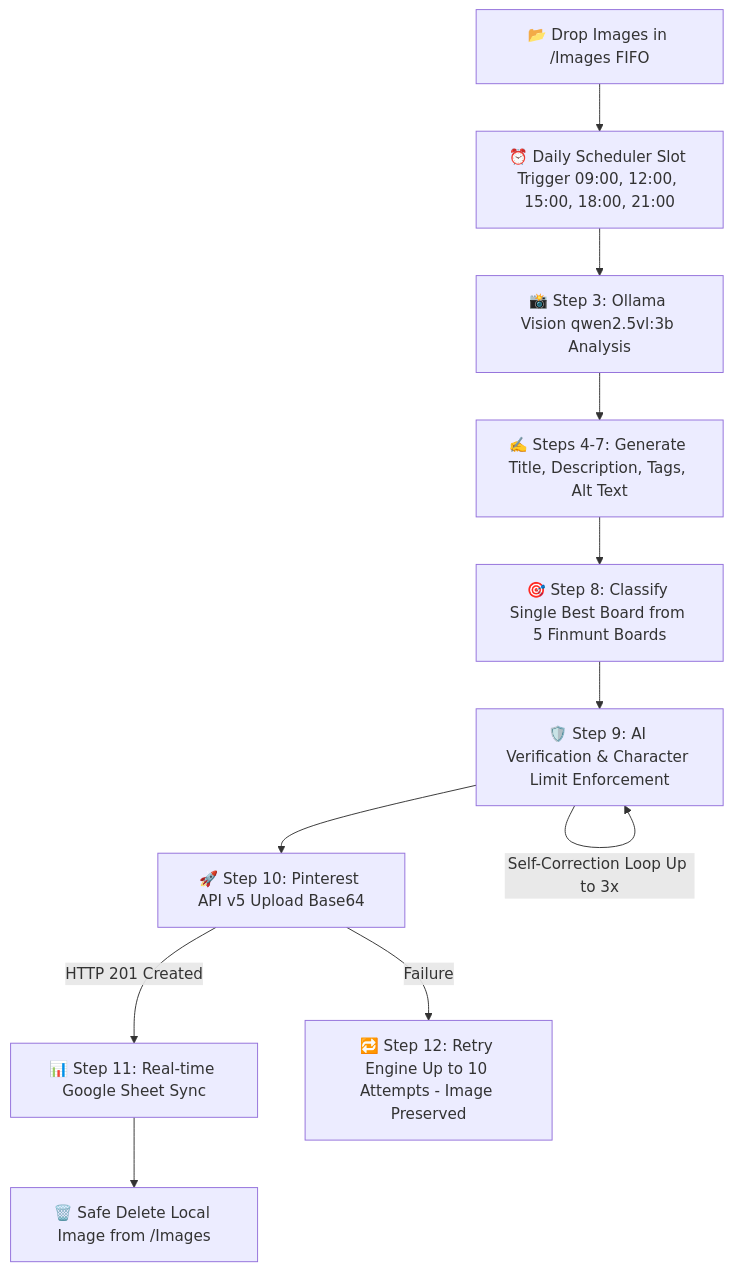
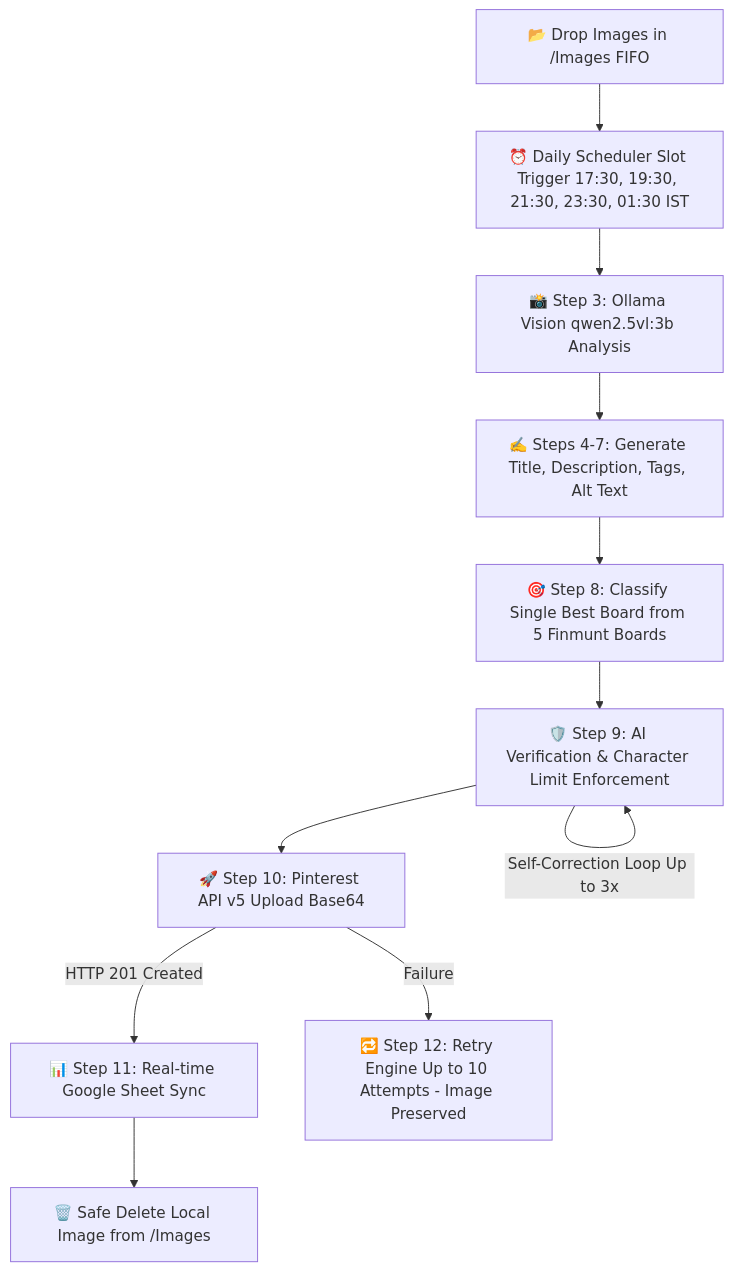
Before and after one commit to witrfaruk/Pinterest: the diagram in README.md, drawn with Mermaid. The commit also changed other lines of this file and 4 other files, not shown here.

Commit message:
feat: update 5 daily publishing slots to 17:30, 19:30, 21:30, 23:30, 01:30 IST (8 AM, 10 AM, 12 PM, 2 PM, 4 PM ET)

````diff
--- a/README.md
+++ b/README.md
@@ -44,13 +44,13 @@
 ```mermaid
 flowchart TD
-    A[📂 Drop Images in /Images FIFO] --> B[⏰ Daily Scheduler Slot Trigger 09:00, 12:00, 15:00, 18:00, 21:00]
+    A[📂 Drop Images in /Images FIFO] --> B[⏰ Daily Scheduler Slot Trigger 17:30, 19:30, 21:30, 23:30, 01:30 IST]
     B --> C[📸 Step 3: Ollama Vision qwen2.5vl:3b Analysis]
     C --> D[✍️ Steps 4-7: Generate Title, Description, Tags, Alt Text]
     D --> E[🎯 Step 8: Classify Single Best Board from 5 Finmunt Boards]
     E --> F[🛡️ Step 9: AI Verification & Character Limit Enforcement]
     F -->|Self-Correction Loop Up to 3x| F
     F --> G[🚀 Step 10: Pinterest API v5 Upload Base64]
     G -->|HTTP 201 Created| H[📊 Step 11: Real-time Google Sheet Sync]
     H --> I[🗑️ Safe Delete Local Image from /Images]
     G -->|Failure| J[🔁 Step 12: Retry Engine Up to 10 Attempts - Image Preserved]
 ```
````
